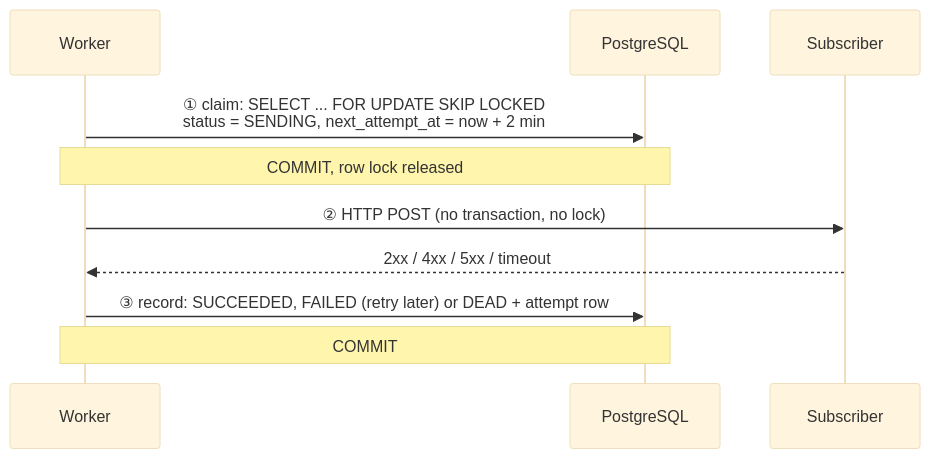
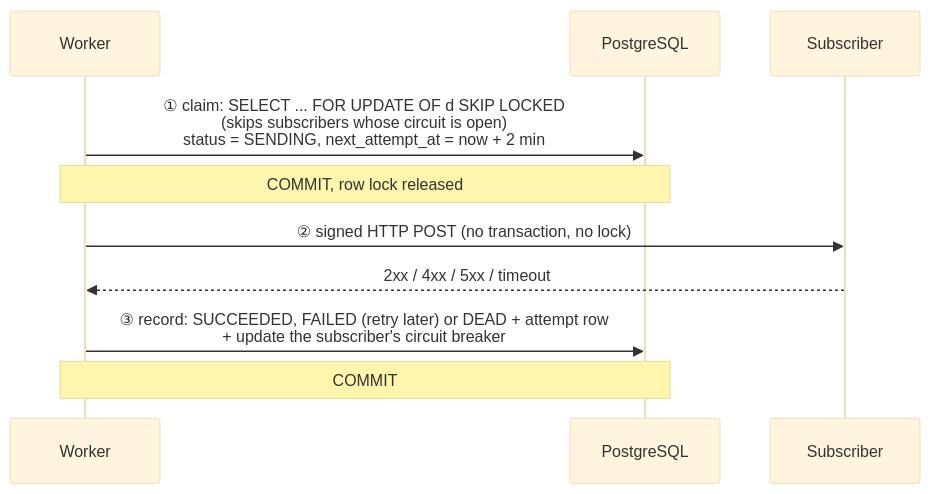
The second of 3 diagrams in README.md (BayramSevim/webhook), drawn with Mermaid (base theme) before and after one commit. The commit also changed other lines of this file, not shown here.

Commit message:
docs: README for phase 1.5 signatures and circuit breaker

````diff
--- a/README.md
+++ b/README.md
@@ -47,12 +47,12 @@
 ```mermaid
 sequenceDiagram
     participant W as Worker
     participant DB as PostgreSQL
     participant S as Subscriber
-    W->>DB: ① claim: SELECT ... FOR UPDATE SKIP LOCKED<br/>status = SENDING, next_attempt_at = now + 2 min
+    W->>DB: ① claim: SELECT ... FOR UPDATE OF d SKIP LOCKED<br/>(skips subscribers whose circuit is open)<br/>status = SENDING, next_attempt_at = now + 2 min
     Note over W,DB: COMMIT, row lock released
-    W->>S: ② HTTP POST (no transaction, no lock)
+    W->>S: ② signed HTTP POST (no transaction, no lock)
     S-->>W: 2xx / 4xx / 5xx / timeout
-    W->>DB: ③ record: SUCCEEDED, FAILED (retry later) or DEAD + attempt row
+    W->>DB: ③ record: SUCCEEDED, FAILED (retry later) or DEAD + attempt row<br/>+ update the subscriber's circuit breaker
     Note over W,DB: COMMIT
 ```
````
